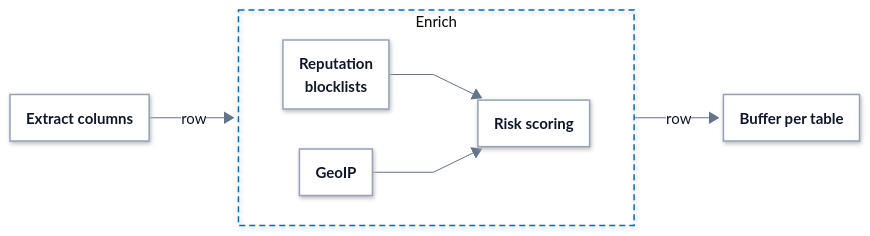
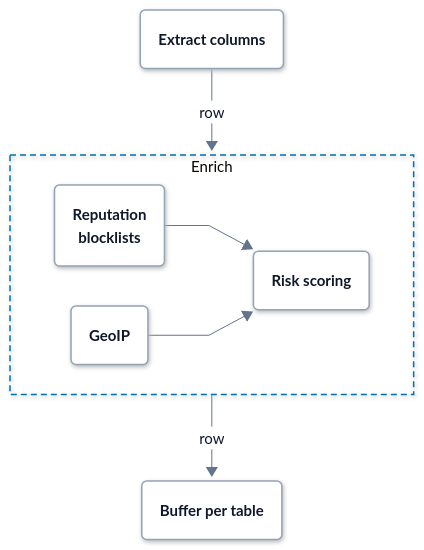
One commit to hyperi-io/dfe-loader changed the diagram in docs/pipeline/enrichment.md. Above: the diagram before and after it, drawn with Mermaid. The commit also changed other lines of this file and 19 other files, not shown here.

First line of the commit message:
docs(architecture): bring the loader pages to the architecture standard

````diff
--- a/docs/pipeline/enrichment.md
+++ b/docs/pipeline/enrichment.md
@@ -19,76 +19,77 @@
 ```mermaid
 ---
 config:
   theme: base
   look: neo
   fontFamily: Inter, -apple-system, Segoe UI, Roboto, Helvetica, Arial, sans-serif
   flowchart:
     curve: linear
     nodeSpacing: 40
     rankSpacing: 64
     padding: 18
     wrappingWidth: 280
     htmlLabels: true
   elk:
     preset: modelOrder
   themeVariables:
     fontSize: 15px
     lineColor: "#64748B"
     primaryTextColor: "#0F172A"
     clusterBorder: "#0072B2"
     edgeLabelBackground: "#FFFFFF"
   themeCSS: >-
     p{margin:0}
     .node[data-look] rect,.node[data-look] path,.node[data-look] polygon,.node[data-look] .outer-path{filter:drop-shadow(0 1px 2px rgba(15,23,42,.10)) drop-shadow(0 6px 14px rgba(15,23,42,.10))}
     .node rect{rx:10px;ry:10px}
     .cluster rect{rx:16px;ry:16px}
     .node .label div{min-width:150px}
     .node.decision .label div{min-width:0}
     .cluster[data-look] rect{filter:none}
     .nodeLabel{line-height:1.35}
     .nodeLabel b{font-weight:600;font-size:15px;letter-spacing:-0.01em}
     .nodeLabel span{font-size:12.5px;font-weight:400;color:#334155}
     .cluster-label span.nodeLabel{display:inline-block;background:#FFFFFF;color:#0B2A3F;border:1.5px solid #0072B2;border-radius:999px;padding:2px 12px;font-size:11.5px;font-weight:700;letter-spacing:.09em;text-transform:uppercase}
     .flowchart-link{stroke-width:1.75px}
     .labelBkg{background:transparent!important}
     span.edgeLabel{display:inline-block;background:#FFFFFF!important;color:#1E293B;border:1px solid #94A3B8;border-radius:999px;padding:2px 10px;font-size:12px;font-weight:500}
     span.edgeLabel p{background:transparent!important}
     .label-icon{width:20px;height:20px;vertical-align:-4px;margin-right:6px}
     .ingest .label-icon{color:#0E8A7D}
     .xform .label-icon{color:#7B4FB0}
     .load .label-icon{color:#0072B2}
     .bus .label-icon{color:#A8517F}
     .store .label-icon{color:#00785A}
     .ui .label-icon{color:#D9480F}
     .ext .label-icon{color:#64748B}
 ---
-flowchart LR
+flowchart TB
     accTitle: L4 Detail -- Enrichment
     accDescr: The row from column extraction is looked up by its first IP field in GeoIP and in the reputation blocklists. Risk scoring weighs both results. The row goes on to its table's buffer with the geo, rep and risk columns added.
 
-    extract["<b>Extract columns</b>"]
-
+    extract("<b>Extract columns</b>")
     subgraph lookups["Enrich"]
         direction LR
-        rep["<b>Reputation<br/>blocklists</b>"] --> risk["<b>Risk scoring</b>"]
-        geo["<b>GeoIP</b>"] --> risk
+        rep("<b>Reputation<br/>blocklists</b>")
+        geo("<b>GeoIP</b>")
+        risk("<b>Risk scoring</b>")
+        rep --> risk
+        geo --> risk
     end
-
-    buffer["<b>Buffer per table</b>"]
-
+    buffer("<b>Buffer per table</b>")
     extract -->|row| lookups
     lookups -->|row| buffer
+  class extract,geo,rep,risk,buffer part
+  class extract,geo,rep,risk,buffer part
   classDef ext fill:#F4F6F8,stroke:#94A3B8,stroke-width:1.5px,stroke-dasharray:5 4,color:#0F172A
   classDef ingest fill:#FFFFFF,stroke:#0E8A7D,stroke-width:3px,color:#0F172A
   classDef xform fill:#FFFFFF,stroke:#7B4FB0,stroke-width:3px,color:#0F172A
   classDef load fill:#FFFFFF,stroke:#0072B2,stroke-width:3px,color:#0F172A
   classDef bus fill:#FFFFFF,stroke:#A8517F,stroke-width:3px,color:#0F172A
   classDef store fill:#FFFFFF,stroke:#00785A,stroke-width:3px,color:#0F172A
   classDef ui fill:#FFFFFF,stroke:#D9480F,stroke-width:3px,color:#0F172A
   classDef decision fill:#FFFFFF,stroke:#9A6700,stroke-width:3px,color:#0F172A
   classDef error fill:#FFFFFF,stroke:#C2410C,stroke-width:3px,color:#0F172A
   classDef control fill:#FFFFFF,stroke:#334155,stroke-width:3px,color:#0F172A
   classDef part fill:#FFFFFF,stroke:#94A3B8,stroke-width:1.5px,color:#0F172A
-  class extract,geo,rep,risk,buffer part
   style lookups fill:none,stroke:#0072B2,stroke-width:1.5px,stroke-dasharray:6 4
 ```
````
